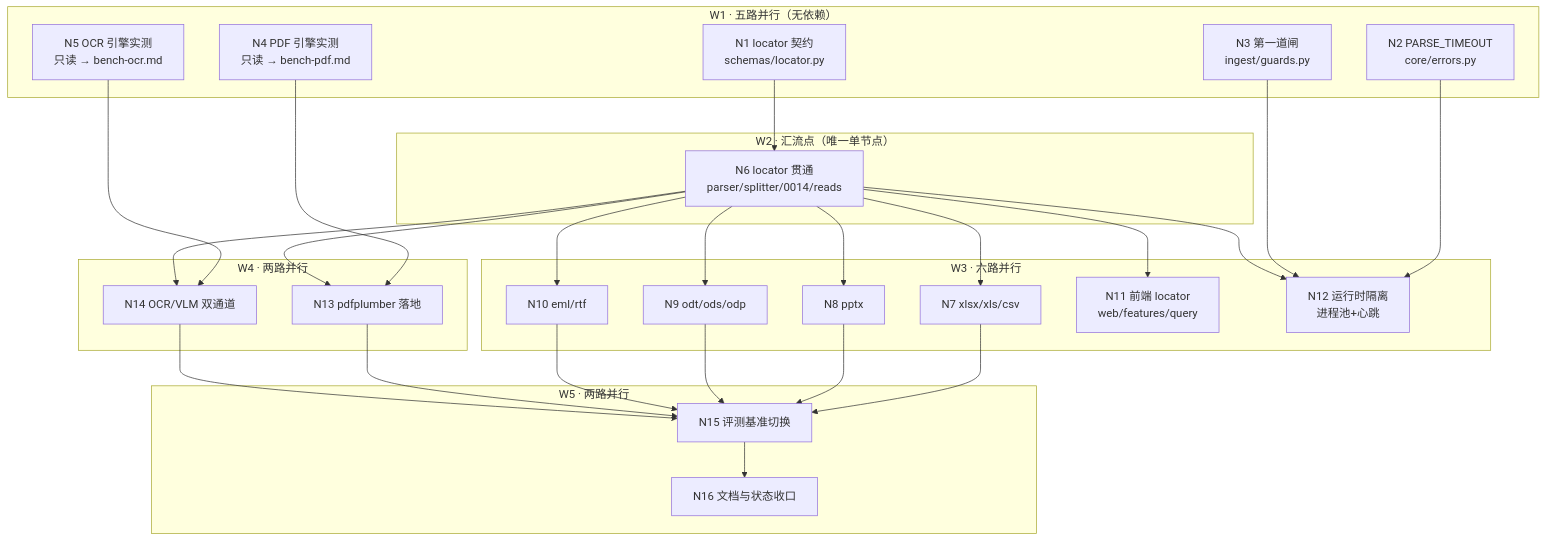
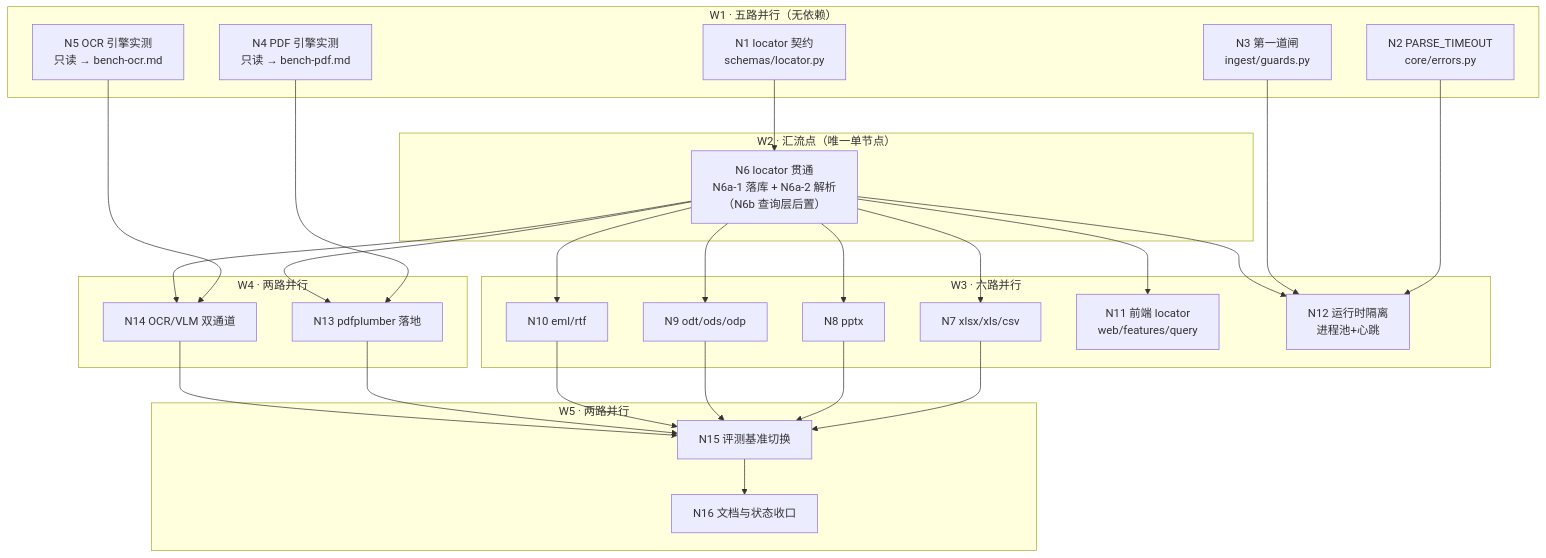
Before and after one commit to zxd15978684198/intelligent_knowledge_base: the diagram in docs/plans/文档解析升级施工计划.md, drawn with Mermaid. The commit also changed other lines of this file and 3 other files, not shown here.

````diff
--- a/docs/plans/文档解析升级施工计划.md
+++ b/docs/plans/文档解析升级施工计划.md
@@ -56,39 +56,39 @@
 ```mermaid
 graph TD
   subgraph W1["W1 · 五路并行（无依赖）"]
     N1["N1 locator 契约<br/>schemas/locator.py"]
     N2["N2 PARSE_TIMEOUT<br/>core/errors.py"]
     N3["N3 第一道闸<br/>ingest/guards.py"]
     N4["N4 PDF 引擎实测<br/>只读 → bench-pdf.md"]
     N5["N5 OCR 引擎实测<br/>只读 → bench-ocr.md"]
   end
   subgraph W2["W2 · 汇流点（唯一单节点）"]
-    N6["N6 locator 贯通<br/>parser/splitter/0014/reads"]
+    N6["N6 locator 贯通<br/>N6a-1 落库 + N6a-2 解析<br/>（N6b 查询层后置）"]
   end
   subgraph W3["W3 · 六路并行"]
     N7["N7 xlsx/xls/csv"]
     N8["N8 pptx"]
     N9["N9 odt/ods/odp"]
     N10["N10 eml/rtf"]
     N11["N11 前端 locator<br/>web/features/query"]
     N12["N12 运行时隔离<br/>进程池+心跳"]
   end
   subgraph W4["W4 · 两路并行"]
     N13["N13 pdfplumber 落地"]
     N14["N14 OCR/VLM 双通道"]
   end
   subgraph W5["W5 · 两路并行"]
     N15["N15 评测基准切换"]
     N16["N16 文档与状态收口"]
   end
   N1 --> N6
   N2 --> N12
   N3 --> N12
   N4 --> N13
   N5 --> N14
   N6 --> N7 & N8 & N9 & N10 & N11 & N12
   N6 --> N13
   N6 --> N14
   N7 & N8 & N9 & N10 & N13 & N14 --> N15
   N15 --> N16
 ```
````
